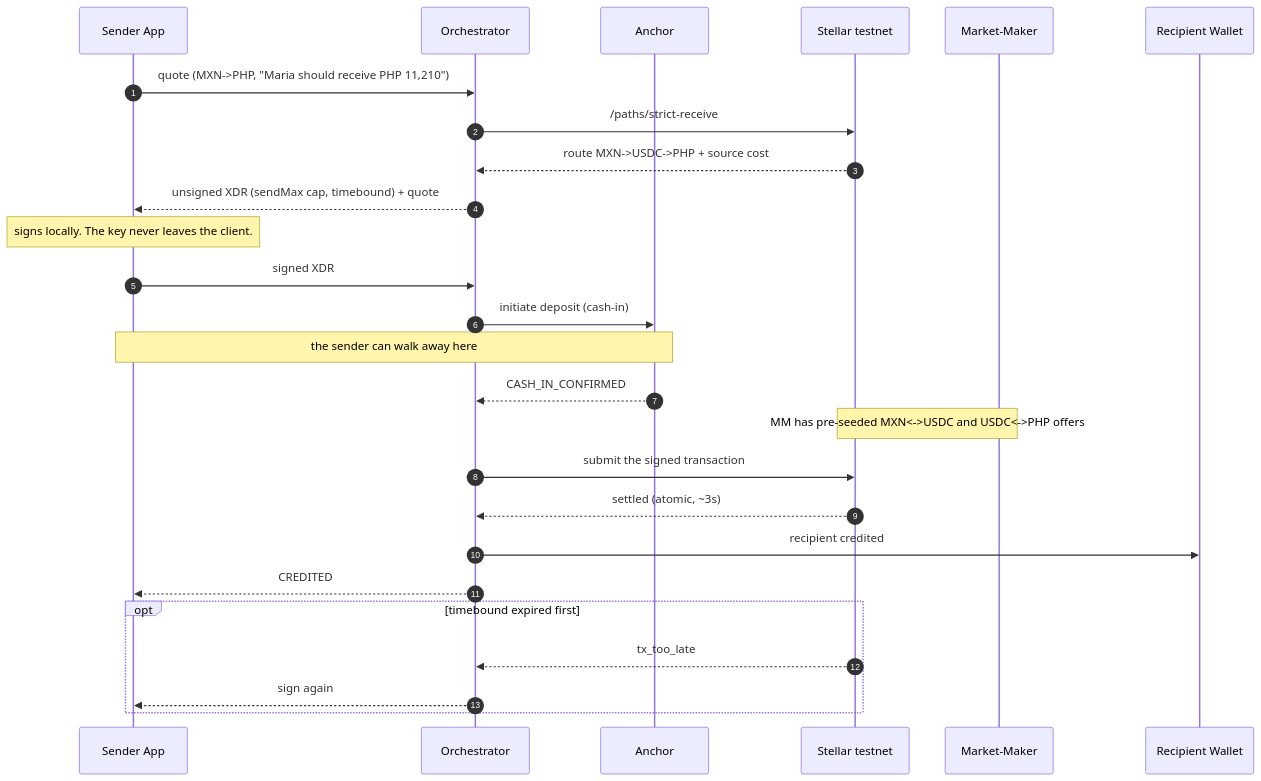
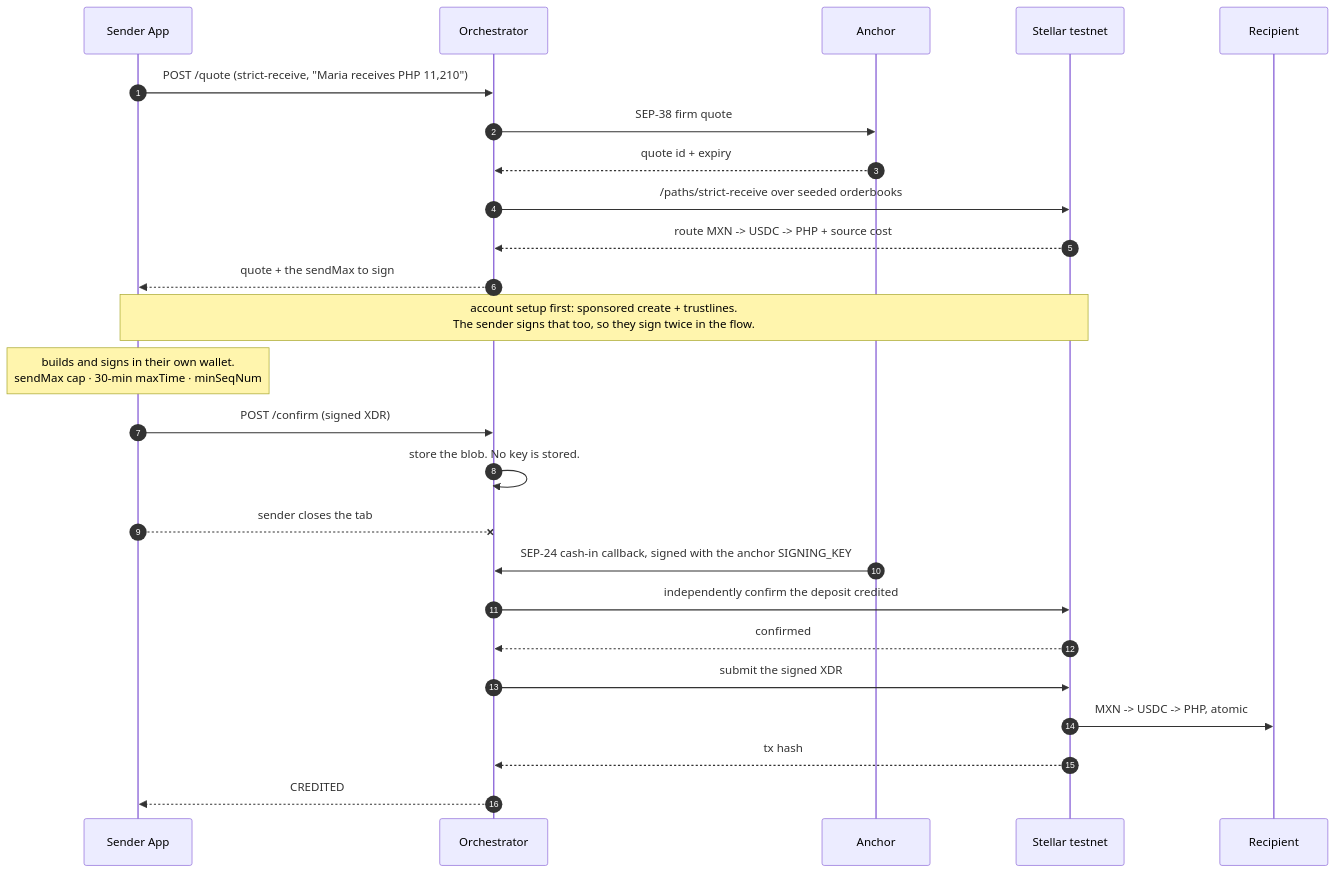
The third of 3 diagrams in docs/architecture.md (yigitcangokmen/corramoney), drawn with Mermaid before and after one commit. The commit also changed other lines of this file and 8 other files, not shown here.

````diff
--- a/docs/architecture.md
+++ b/docs/architecture.md
@@ -195,29 +206,32 @@
 ```mermaid
 sequenceDiagram
     autonumber
     participant S as Sender App
     participant O as Orchestrator
     participant A as Anchor
     participant X as Stellar testnet
-    participant MM as Market-Maker
-    participant R as Recipient Wallet
+    participant R as Recipient
 
-    S->>O: quote (MXN->PHP, "Maria should receive PHP 11,210")
-    O->>X: /paths/strict-receive
-    X-->>O: route MXN->USDC->PHP + source cost
-    O-->>S: unsigned XDR (sendMax cap, timebound) + quote
-    Note over S: signs locally. The key never leaves the client.
-    S->>O: signed XDR
-    O->>A: initiate deposit (cash-in)
-    Note over S,A: the sender can walk away here
-    A-->>O: CASH_IN_CONFIRMED
-    Note over MM,X: MM has pre-seeded MXN<->USDC and USDC<->PHP offers
-    O->>X: submit the signed transaction
-    X-->>O: settled (atomic, ~3s)
-    O->>R: recipient credited
+    S->>O: POST /quote (strict-receive, "Maria receives PHP 11,210")
+    O->>A: SEP-38 firm quote
+    A-->>O: quote id + expiry
+    O->>X: /paths/strict-receive over seeded orderbooks
+    X-->>O: route MXN -> USDC -> PHP + source cost
+    O-->>S: quote + the sendMax to sign
+
+    Note over S,X: account setup first: sponsored create + trustlines.<br/>The sender signs that too, so they sign twice in the flow.
+
+    Note over S: builds and signs in their own wallet.<br/>sendMax cap · 30-min maxTime · minSeqNum
+    S->>O: POST /confirm (signed XDR)
+    O->>O: store the blob. No key is stored.
+
+    S--xO: sender closes the tab
+
+    A->>O: SEP-24 cash-in callback, signed with the anchor SIGNING_KEY
+    O->>X: independently confirm the deposit credited
+    X-->>O: confirmed
+    O->>X: submit the signed XDR
+    X->>R: MXN -> USDC -> PHP, atomic
+    X-->>O: tx hash
     O-->>S: CREDITED
-    opt timebound expired first
-        X-->>O: tx_too_late
-        O-->>S: sign again
-    end
 ```
````
